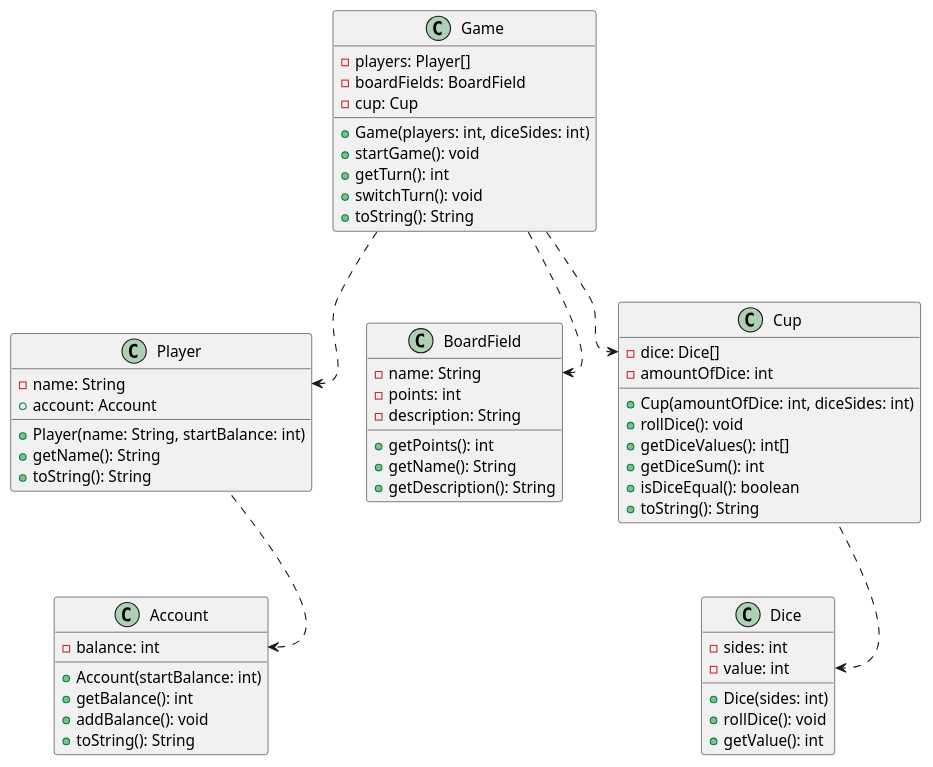
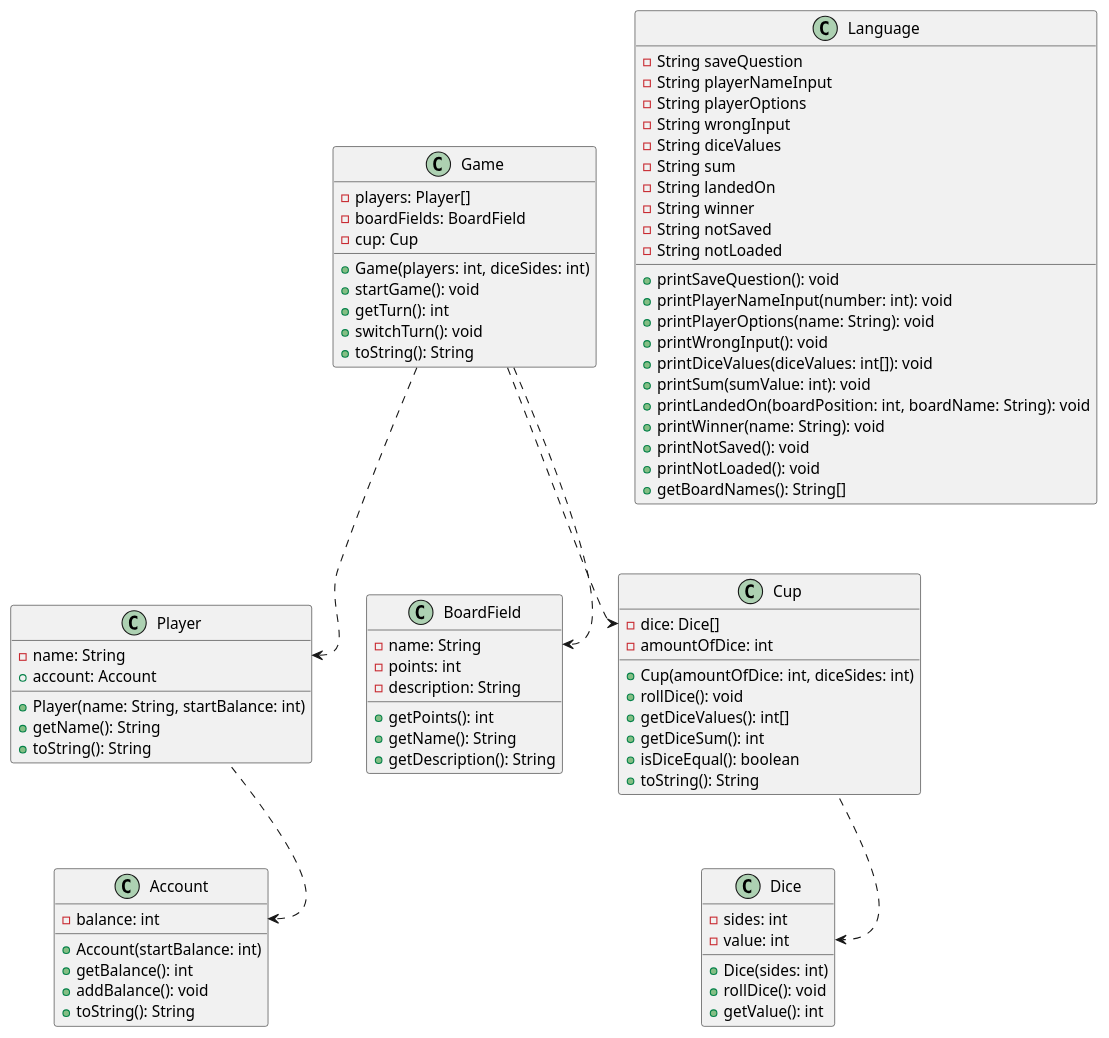
One commit to CDIO-gruppe-13/CDIO-Del-2 changed the diagram in class_diagram.wsd. Above: the diagram before and after it, drawn with PlantUML.

Commit message:
language class diagram

```diff
--- a/class_diagram.wsd
+++ b/class_diagram.wsd
@@ -6,64 +6,88 @@
 @startuml class_diagram
 'skinparam classAttributeIconSize 0
 
 class Game {
     -players: Player[]
     -boardFields: BoardField
     -cup: Cup
     +Game(players: int, diceSides: int)
     +startGame(): void
     +getTurn(): int
     +switchTurn(): void
     +toString(): String
+}
+
+class Language {
+    - String saveQuestion
+    - String playerNameInput
+    - String playerOptions
+    - String wrongInput
+    - String diceValues
+    - String sum
+    - String landedOn
+    - String winner
+    - String notSaved
+    - String notLoaded
+    + printSaveQuestion(): void
+    + printPlayerNameInput(number: int): void
+    + printPlayerOptions(name: String): void
+    + printWrongInput(): void
+    + printDiceValues(diceValues: int[]): void
+    + printSum(sumValue: int): void
+    + printLandedOn(boardPosition: int, boardName: String): void
+    + printWinner(name: String): void
+    + printNotSaved(): void
+    + printNotLoaded(): void
+    + getBoardNames(): String[]
 }
 
 class Player {
     -name: String
     +account: Account
     +Player(name: String, startBalance: int)
     +getName(): String
     +toString(): String
 }
 
 class BoardField {
     -name: String
     -points: int
     -description: String
     +getPoints(): int
     +getName(): String
     +getDescription(): String
 }
 
 class Cup {
     -dice: Dice[]
     -amountOfDice: int
     +Cup(amountOfDice: int, diceSides: int)
     +rollDice(): void
     +getDiceValues(): int[]
     +getDiceSum(): int
     +isDiceEqual(): boolean
     +toString(): String
 }
 
 class Dice {
     -sides: int
     -value: int
     +Dice(sides: int)
     +rollDice(): void
     +getValue(): int
 }
 
 class Account {
     -balance: int
     +Account(startBalance: int)
     +getBalance(): int
     +addBalance(): void
     +toString(): String
 }
 
 Game ..> Player::name
 Game ..> BoardField::name
 Game ..> Cup::dice
 Cup ..> Dice::value
 Player ..> Account::balance
 @enduml
```
